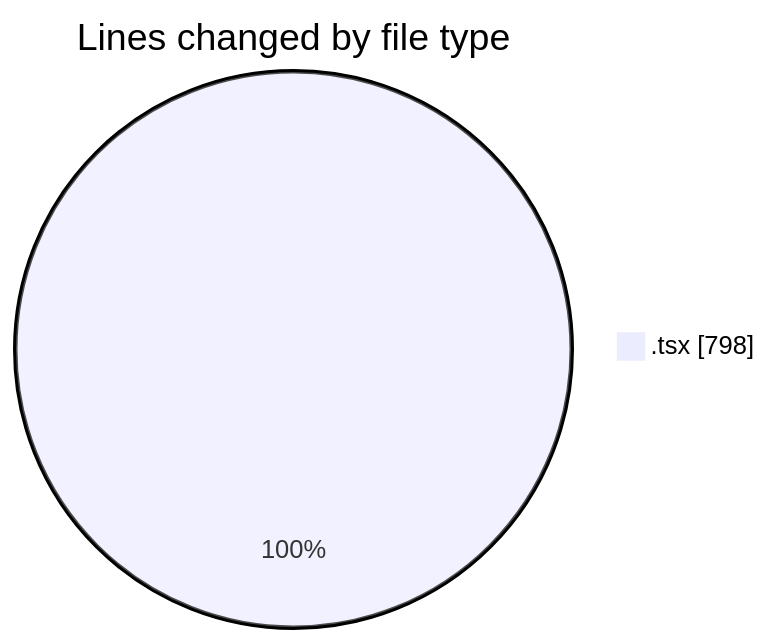
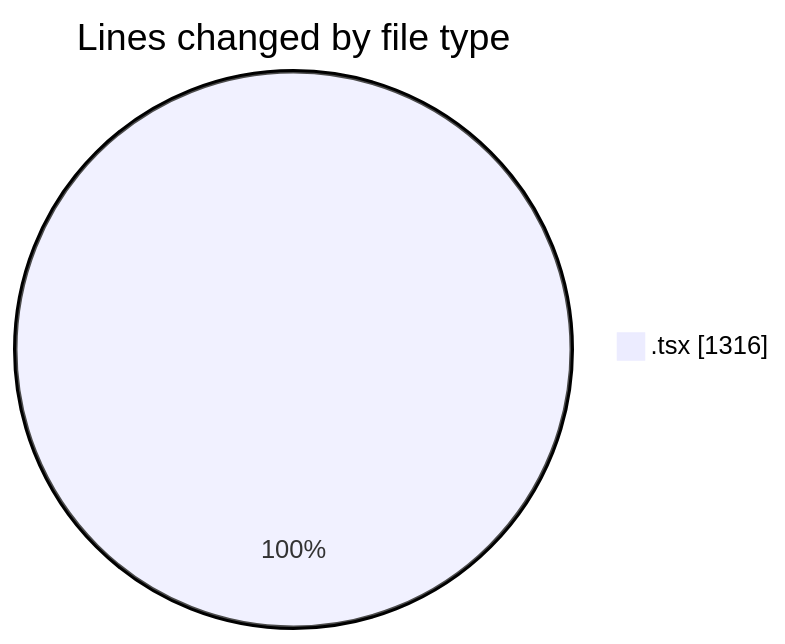
The first of 2 diagrams in 2026-02-25/nxtqube_webapp/README.md (nxtqubesakshisongat/code-tracking), drawn with Mermaid before and after one commit. The commit also changed other lines of this file and 1 other file, not shown here.

````diff
--- a/2026-02-25/nxtqube_webapp/README.md
+++ b/2026-02-25/nxtqube_webapp/README.md
@@ -20,5 +21,5 @@
 ```mermaid
 pie showData
 title Lines changed by file type
-".tsx" : 798
+".tsx" : 1316
 ```
````
